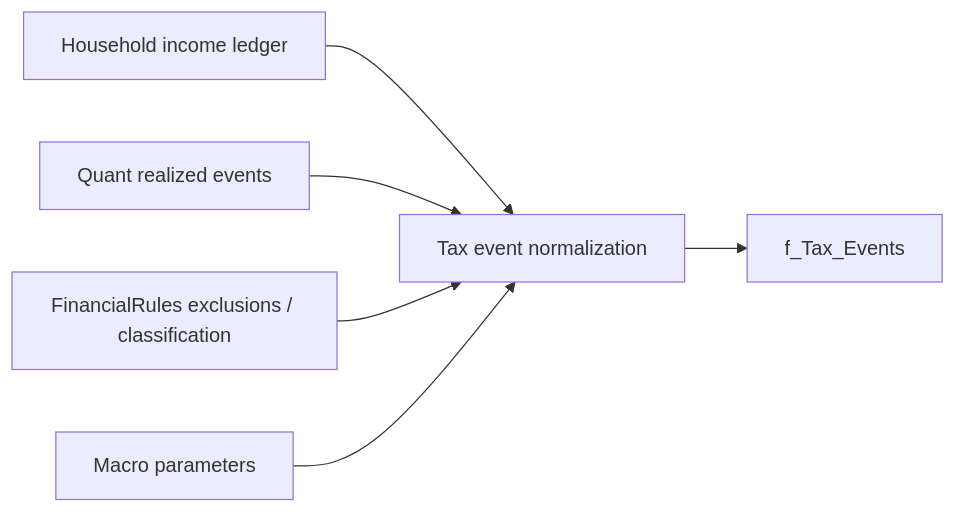
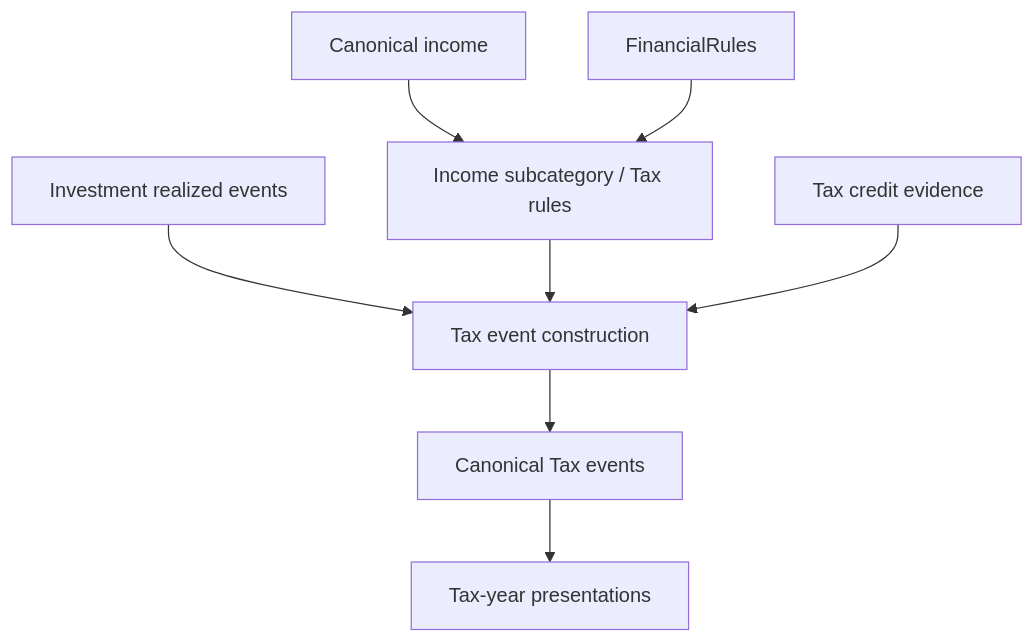
The eighth of 9 diagrams in docs/architecture/data-model.md (tks18/personal-finance-etl), drawn with Mermaid before and after one commit. The commit also changed other lines of this file and 10 other files, not shown here.

Commit message:
docs: update docs/architecture for latest version

````diff
--- a/docs/architecture/data-model.md
+++ b/docs/architecture/data-model.md
@@ -333,8 +297,10 @@
 ```mermaid
-flowchart LR
-    INC[Household income ledger] --> TAX[Tax event normalization]
-    REAL[Quant realized events] --> TAX
-    RULES[FinancialRules exclusions / classification] --> TAX
-    MAC[Macro parameters] --> TAX
-    TAX --> EVT[f_Tax_Events]
+flowchart TB
+    REAL[Investment realized events] --> TAX[Tax event construction]
+    INCOME[Canonical income] --> CLASS[Income subcategory / Tax rules]
+    RULES[FinancialRules] --> CLASS
+    CLASS --> TAX
+    CREDITS[Tax credit evidence] --> TAX
+    TAX --> TFACT[Canonical Tax events]
+    TFACT --> TGOLD[Tax-year presentations]
 ```
````
